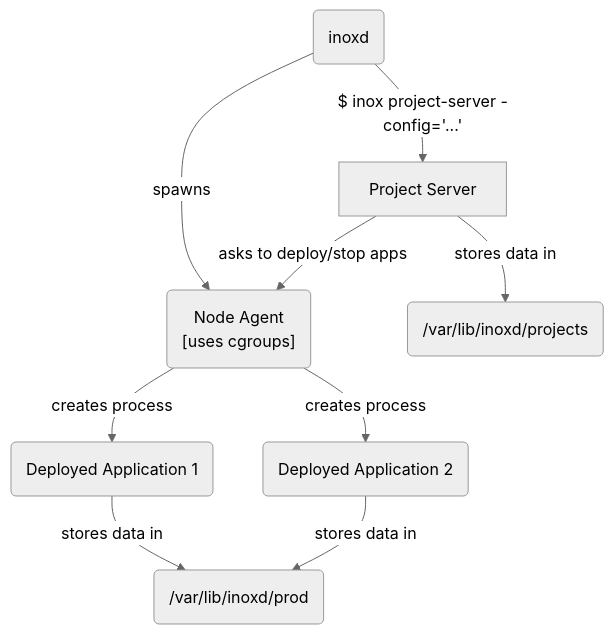
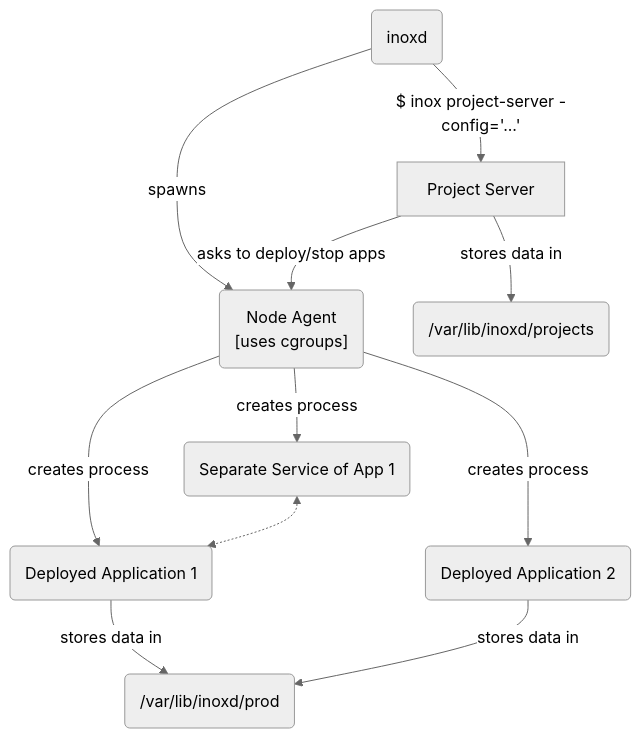
One commit to inoxlang/inox changed the second of 2 diagrams in internal/projectserver/README.md. Above: the diagram before and after it, drawn with Mermaid (neutral theme). The commit also changed 2 other files, not shown here.

````diff
--- a/internal/projectserver/README.md
+++ b/internal/projectserver/README.md
@@ -58,17 +58,18 @@
 ```mermaid
 graph TB
 
-Inoxd(inoxd) --> |$ inox project-server -config='...'| ProjectServer
+Inoxd(inoxd) --> |$ inox project-server -config='...'| ProjectServer(Project Server)
 Inoxd --> |spawns| NodeAgent
 NodeAgent("Node Agent \n [uses cgroups]") --> |creates process| DeployedApp1(Deployed Application 1)
 NodeAgent --> |creates process| DeployedApp2(Deployed Application 2)
+NodeAgent --> |creates process| ServiceModule(Separate Service of App 1)
+ServiceModule <-.-> DeployedApp1
 DeployedApp1 --> |stores data in| ProdDir
 DeployedApp2 --> |stores data in| ProdDir
-
 
 ProjectServer[Project Server] --> |stores data in| ProjectsDir
 ProjectServer --> |asks to deploy/stop apps| NodeAgent
 
 ProjectsDir(/var/lib/inoxd/projects)
 ProdDir(/var/lib/inoxd/prod)
 ```
````
